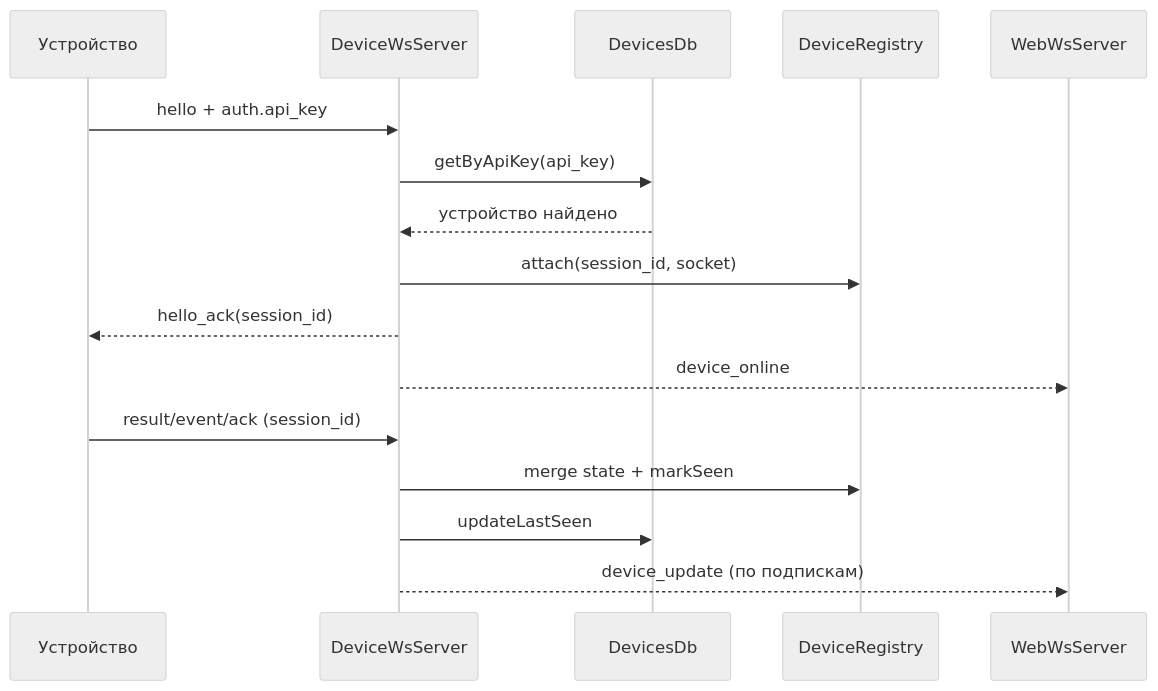
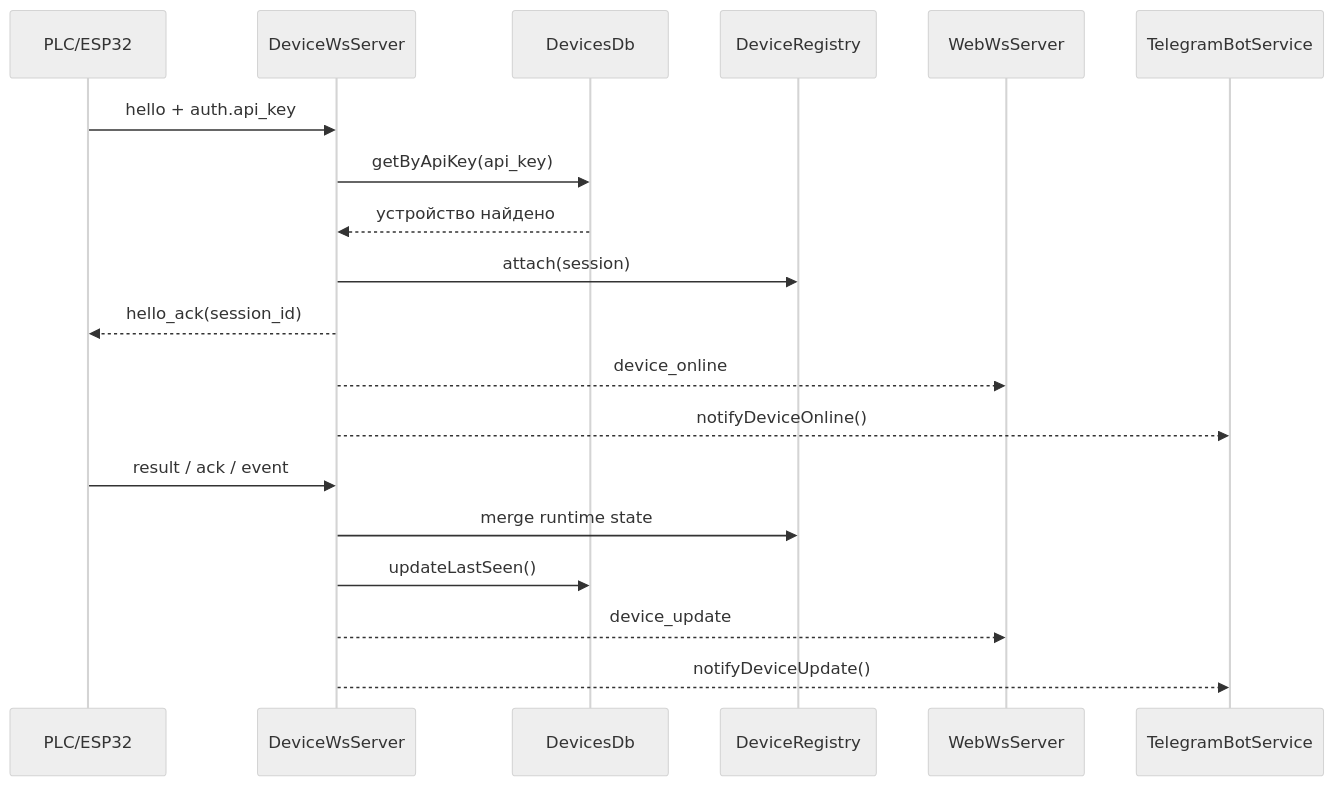
The second of 4 diagrams in README.md (Denisov-Foundation-Limited/plc-cloud), drawn with Mermaid (neutral theme) before and after one commit. The commit also changed other lines of this file and 37 other files, not shown here.

````diff
--- a/README.md
+++ b/README.md
@@ -66,20 +115,23 @@
 ```mermaid
 sequenceDiagram
-    participant D as Устройство
-    participant S as DeviceWsServer
+    participant PLC as PLC/ESP32
+    participant WS as DeviceWsServer
     participant DB as DevicesDb
-    participant R as DeviceRegistry
-    participant W as WebWsServer
+    participant REG as DeviceRegistry
+    participant WEB as WebWsServer
+    participant TG as TelegramBotService
 
-    D->>S: hello + auth.api_key
-    S->>DB: getByApiKey(api_key)
-    DB-->>S: устройство найдено
-    S->>R: attach(session_id, socket)
-    S-->>D: hello_ack(session_id)
-    S-->>W: device_online
+    PLC->>WS: hello + auth.api_key
+    WS->>DB: getByApiKey(api_key)
+    DB-->>WS: устройство найдено
+    WS->>REG: attach(session)
+    WS-->>PLC: hello_ack(session_id)
+    WS-->>WEB: device_online
+    WS-->>TG: notifyDeviceOnline()
 
-    D->>S: result/event/ack (session_id)
-    S->>R: merge state + markSeen
-    S->>DB: updateLastSeen
-    S-->>W: device_update (по подпискам)
+    PLC->>WS: result / ack / event
+    WS->>REG: merge runtime state
+    WS->>DB: updateLastSeen()
+    WS-->>WEB: device_update
+    WS-->>TG: notifyDeviceUpdate()
 ```
````
